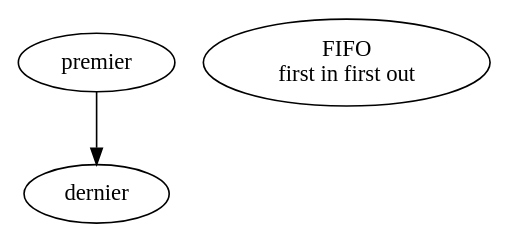
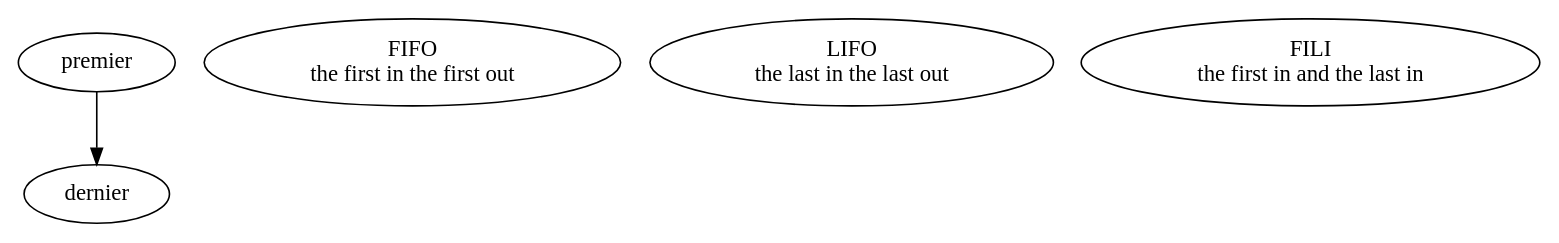
The diagram in sujet.dot (ensad-nancy/first-last), drawn with Graphviz before and after one commit.

Commit message:
+	FIFO [label="FIFO\nthe first in the first out"] +	LIFO [label="LIFO\nthe last in the last out"] +	FILI [label="FILI\nthe first in and the last in"] +

```diff
--- a/sujet.dot
+++ b/sujet.dot
@@ -1,7 +1,9 @@
 digraph {
 
 	premier -> dernier
 
-	fifo [label="FIFO\nfirst in first out"]
-
+	FIFO [label="FIFO\nthe first in the first out"]
+	LIFO [label="LIFO\nthe last in the last out"]
+	FILI [label="FILI\nthe first in and the last in"]
+	
 }
```
